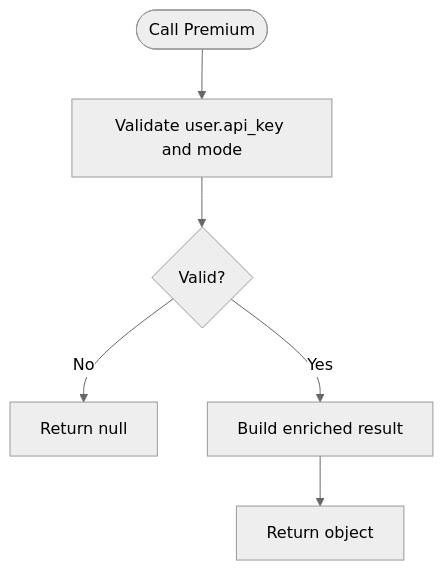
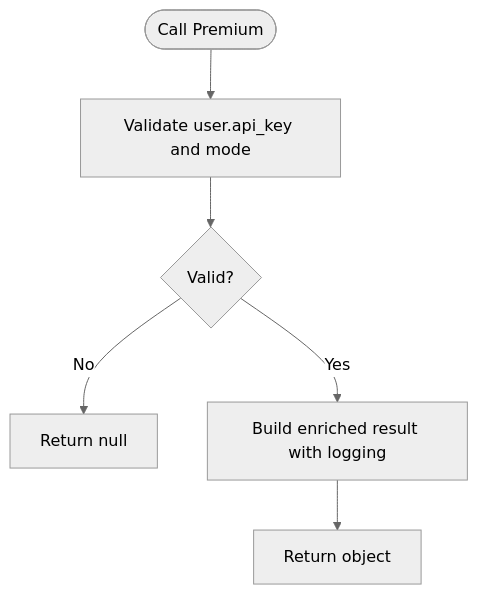
Before and after one commit to Alexandrexicara/bot-processos: the fourth of 10 diagrams in .qoder/repowiki/en/content/API Integration Layer/Fallback and Error Handling.md, drawn with Mermaid (neutral theme). The commit also changed other lines of this file and 5 other files, not shown here.

````diff
--- a/.qoder/repowiki/en/content/API Integration Layer/Fallback and Error Handling.md
+++ b/.qoder/repowiki/en/content/API Integration Layer/Fallback and Error Handling.md
@@ -183,8 +211,8 @@
 ```mermaid
 flowchart TD
 Start(["Call Premium"]) --> Validate["Validate user.api_key and mode"]
 Validate --> Valid{"Valid?"}
 Valid --> |No| ReturnNull["Return null"]
-Valid --> |Yes| Build["Build enriched result"]
+Valid --> |Yes| Build["Build enriched result with logging"]
 Build --> ReturnObj["Return object"]
 ```
````
